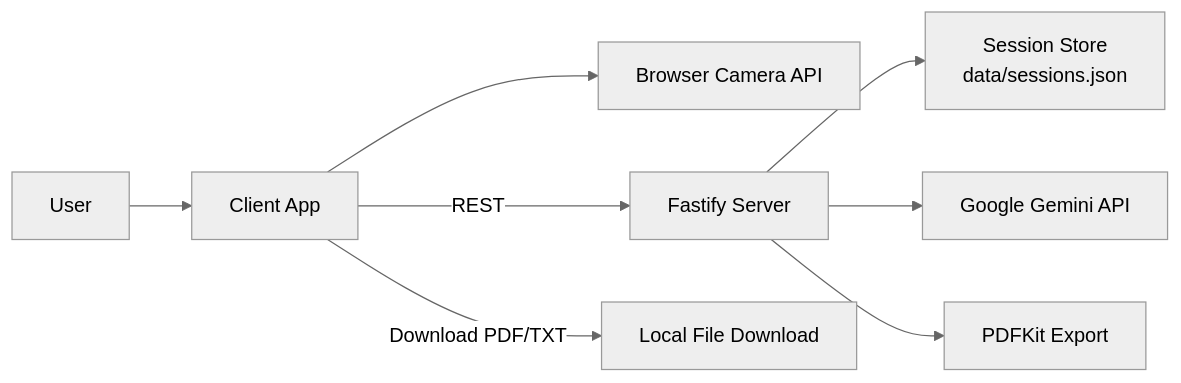
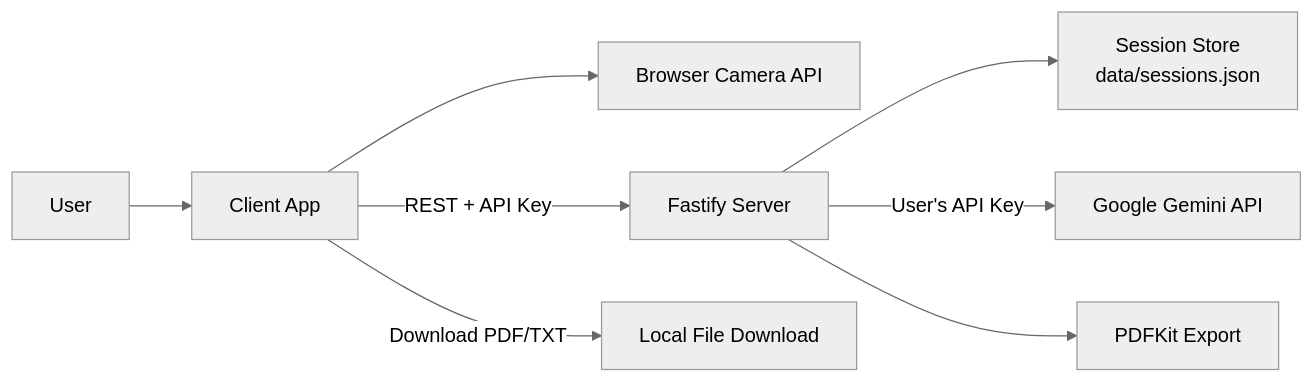
Before and after one commit to Lashen1227/signify: the first of 4 diagrams in ARCHITECTURE.md, drawn with Mermaid (neutral theme). The commit also changed other lines of this file and 1 other file, not shown here.

First line of the commit message:
docs: update README and architecture for user-managed API keys

````diff
--- a/ARCHITECTURE.md
+++ b/ARCHITECTURE.md
@@ -23,10 +25,10 @@
 ```mermaid
 flowchart LR
   U[User] --> C[Client App]
   C --> CAM[Browser Camera API]
-  C -->|REST| S[Fastify Server]
+  C -->|REST + API Key| S[Fastify Server]
   S --> ST[Session Store<br/>data/sessions.json]
-  S --> G[Google Gemini API]
+  S -->|User's API Key| G[Google Gemini API]
   S --> PDF[PDFKit Export]
   C -->|Download PDF/TXT| FS[Local File Download]
 ```
````
